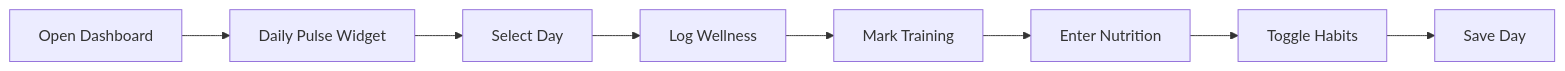
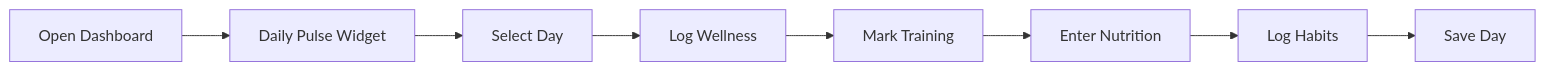
One commit to rinseeprince/fitstop changed the diagram in CLIENT-APP-REFERENCE.md. Above: the diagram before and after it, drawn with Mermaid. The commit also changed other lines of this file and 184 other files, not shown here.

````diff
--- a/CLIENT-APP-REFERENCE.md
+++ b/CLIENT-APP-REFERENCE.md
@@ -798,10 +803,10 @@
 ```mermaid
 graph LR
     A[Open Dashboard] --> B[Daily Pulse Widget]
     B --> C[Select Day]
     C --> D[Log Wellness]
     D --> E[Mark Training]
     E --> F[Enter Nutrition]
-    F --> G[Toggle Habits]
+    F --> G[Log Habits]
     G --> H[Save Day]
 ```
````
